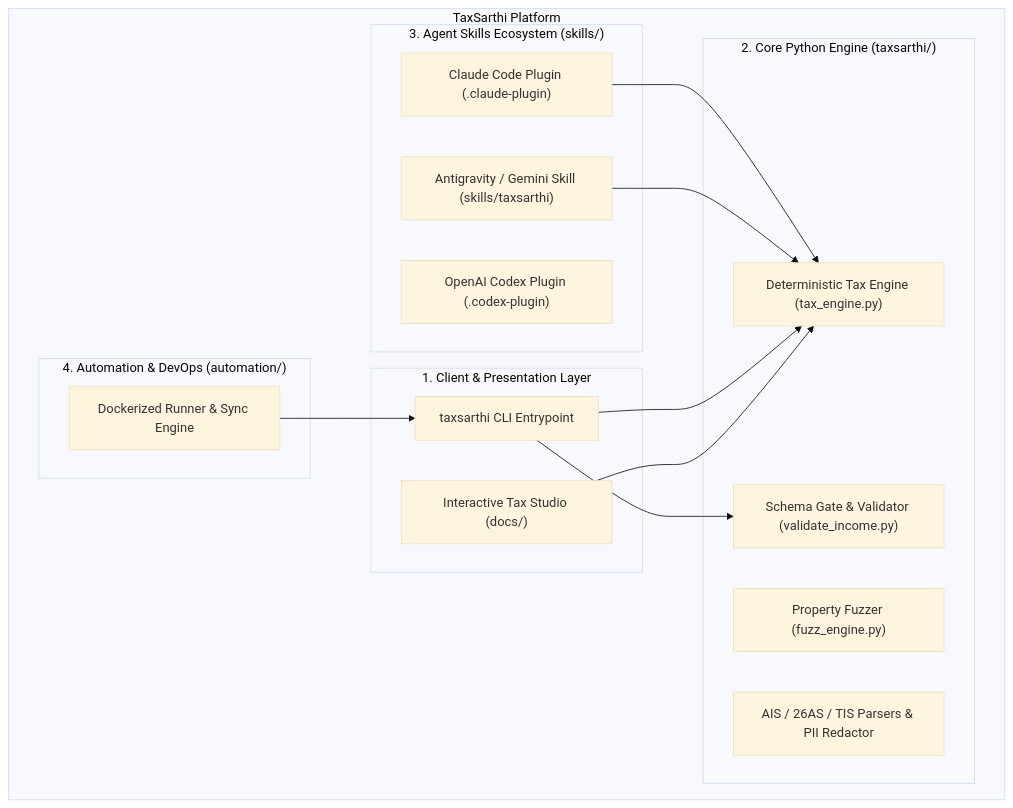
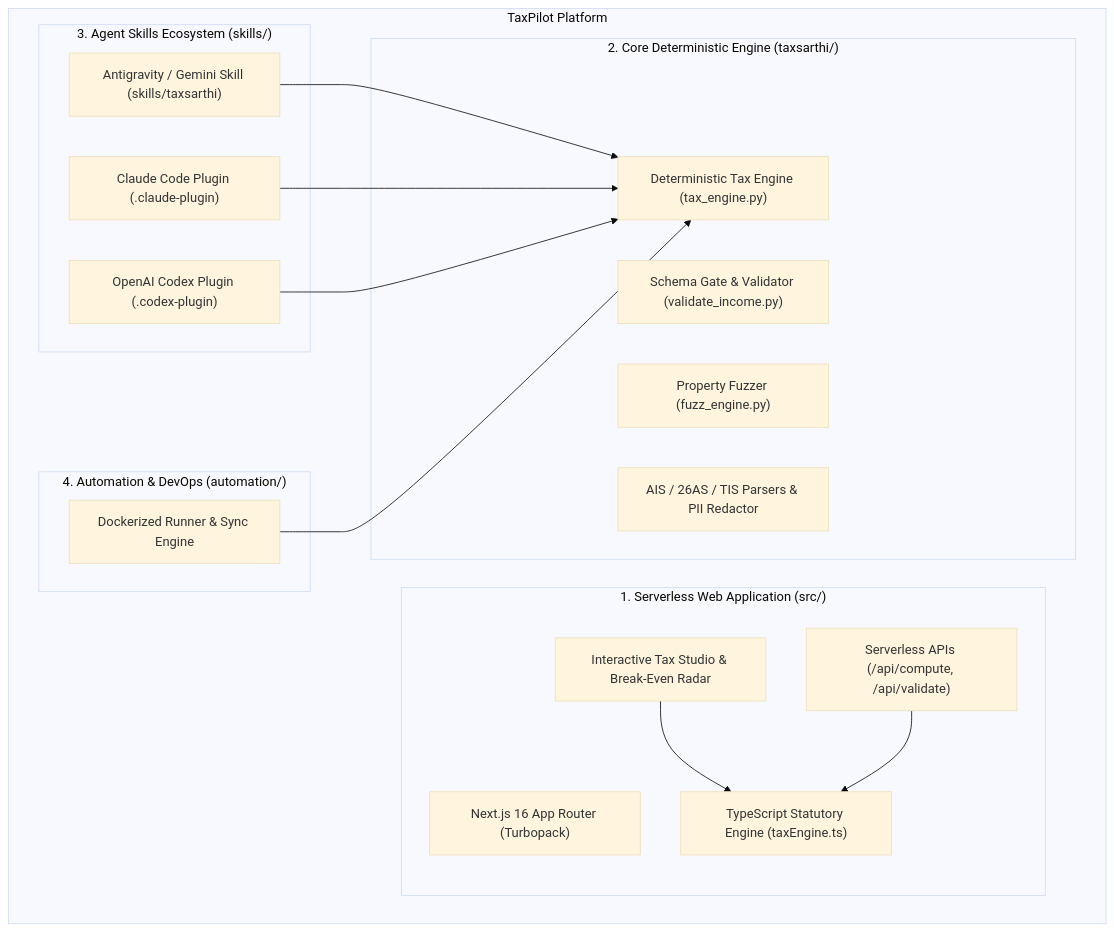
The diagram in README.md (Kishann911/TaxPilot), drawn with Mermaid (base theme) before and after one commit. The commit also changed other lines of this file and 77 other files, not shown here.

Commit message:
feat: migrate web app to Next.js serverless architecture with API routes, components, and updated documentation

````diff
--- a/README.md
+++ b/README.md
@@ -52,33 +61,35 @@
 ```mermaid
 graph TD
-    subgraph "TaxSarthi Platform"
-        subgraph "1. Client & Presentation Layer"
-            WebStudio["Interactive Tax Studio (docs/)"]
-            CLI["taxsarthi CLI Entrypoint"]
+    subgraph "TaxPilot Platform"
+        subgraph "1. Serverless Web Application (src/)"
+            NextApp["Next.js 16 App Router (Turbopack)"]
+            Studio["Interactive Tax Studio & Break-Even Radar"]
+            EdgeAPI["Serverless APIs (/api/compute, /api/validate)"]
+            TSEngine["TypeScript Statutory Engine (taxEngine.ts)"]
         end
 
-        subgraph "2. Core Python Engine (taxsarthi/)"
-            Engine["Deterministic Tax Engine (tax_engine.py)"]
+        subgraph "2. Core Deterministic Engine (taxsarthi/)"
+            PythonEngine["Deterministic Tax Engine (tax_engine.py)"]
             Validator["Schema Gate & Validator (validate_income.py)"]
             Fuzzer["Property Fuzzer (fuzz_engine.py)"]
             Parsers["AIS / 26AS / TIS Parsers & PII Redactor"]
         end
 
         subgraph "3. Agent Skills Ecosystem (skills/)"
             AgentSkill["Antigravity / Gemini Skill (skills/taxsarthi)"]
             ClaudePlugin["Claude Code Plugin (.claude-plugin)"]
             CodexPlugin["OpenAI Codex Plugin (.codex-plugin)"]
         end
 
         subgraph "4. Automation & DevOps (automation/)"
             DockerEnv["Dockerized Runner & Sync Engine"]
         end
     end
 
-    WebStudio --> Engine
-    CLI --> Engine
-    CLI --> Validator
-    AgentSkill --> Engine
-    ClaudePlugin --> Engine
-    DockerEnv --> CLI
+    Studio --> TSEngine
+    EdgeAPI --> TSEngine
+    AgentSkill --> PythonEngine
+    ClaudePlugin --> PythonEngine
+    CodexPlugin --> PythonEngine
+    DockerEnv --> PythonEngine
 ```
````
